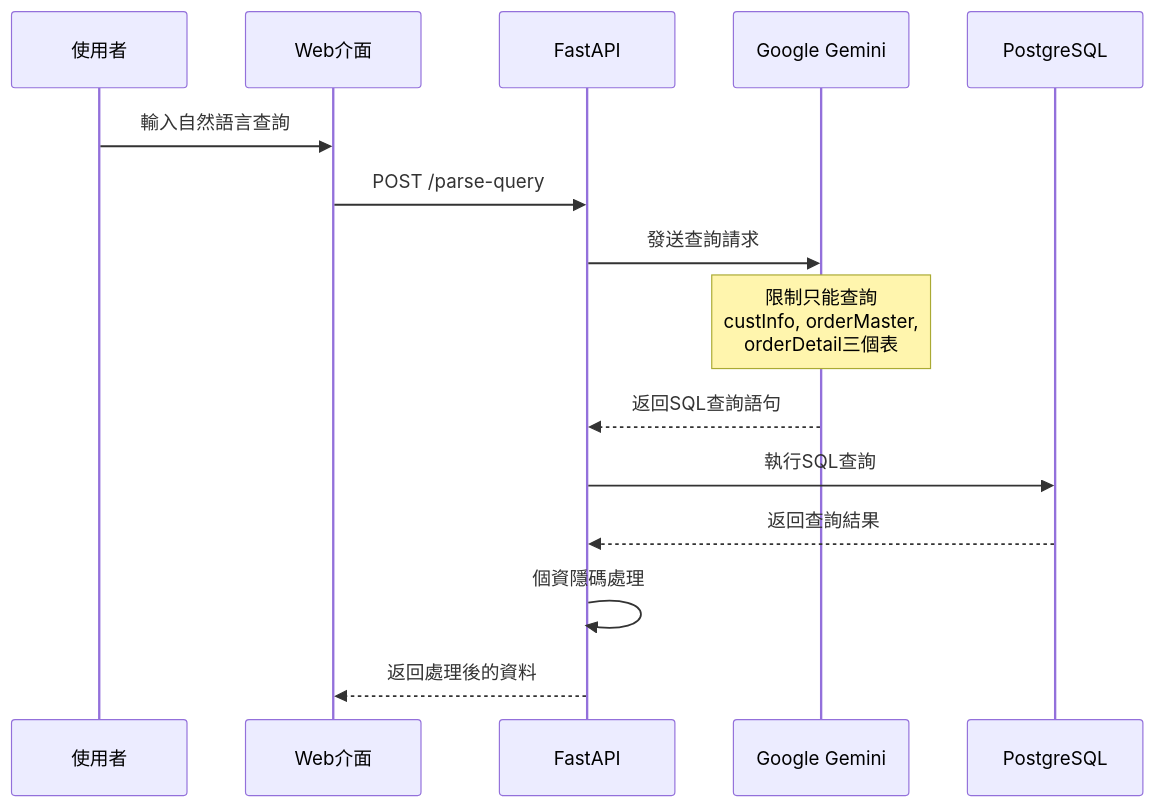
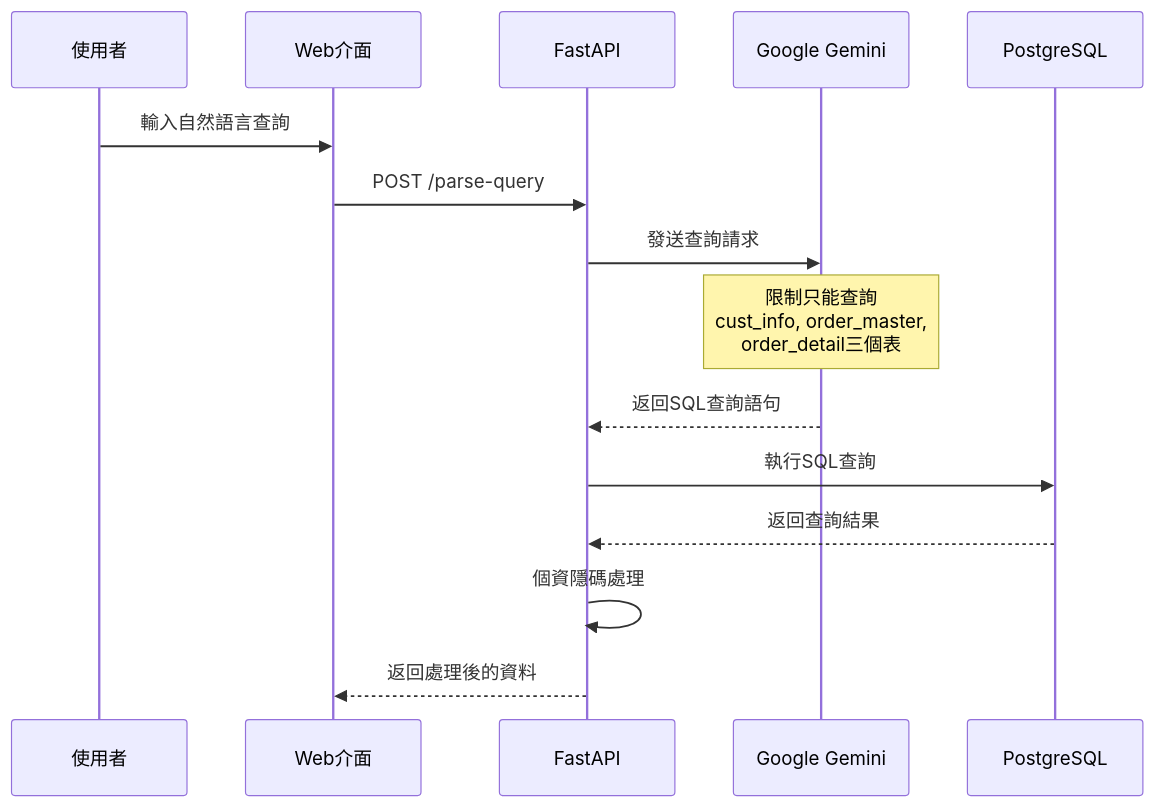
The fourth of 5 diagrams in README.md (Benny418/EASY_NL_SMS_SYSTEM), drawn with Mermaid before and after one commit.

````diff
--- a/README.md
+++ b/README.md
@@ -141,18 +141,18 @@
 ```mermaid
 sequenceDiagram
     participant U as 使用者
     participant Web as Web介面
     participant API as FastAPI
     participant Gemini as Google Gemini
     participant DB as PostgreSQL
     
     U->>Web: 輸入自然語言查詢
     Web->>API: POST /parse-query
     API->>Gemini: 發送查詢請求
-    Note over Gemini: 限制只能查詢<br/>custInfo, orderMaster,<br/>orderDetail三個表
+    Note over Gemini: 限制只能查詢<br/>cust_info, order_master,<br/>order_detail三個表
     Gemini-->>API: 返回SQL查詢語句
     API->>DB: 執行SQL查詢
     DB-->>API: 返回查詢結果
     API->>API: 個資隱碼處理
     API-->>Web: 返回處理後的資料
 ```
````
